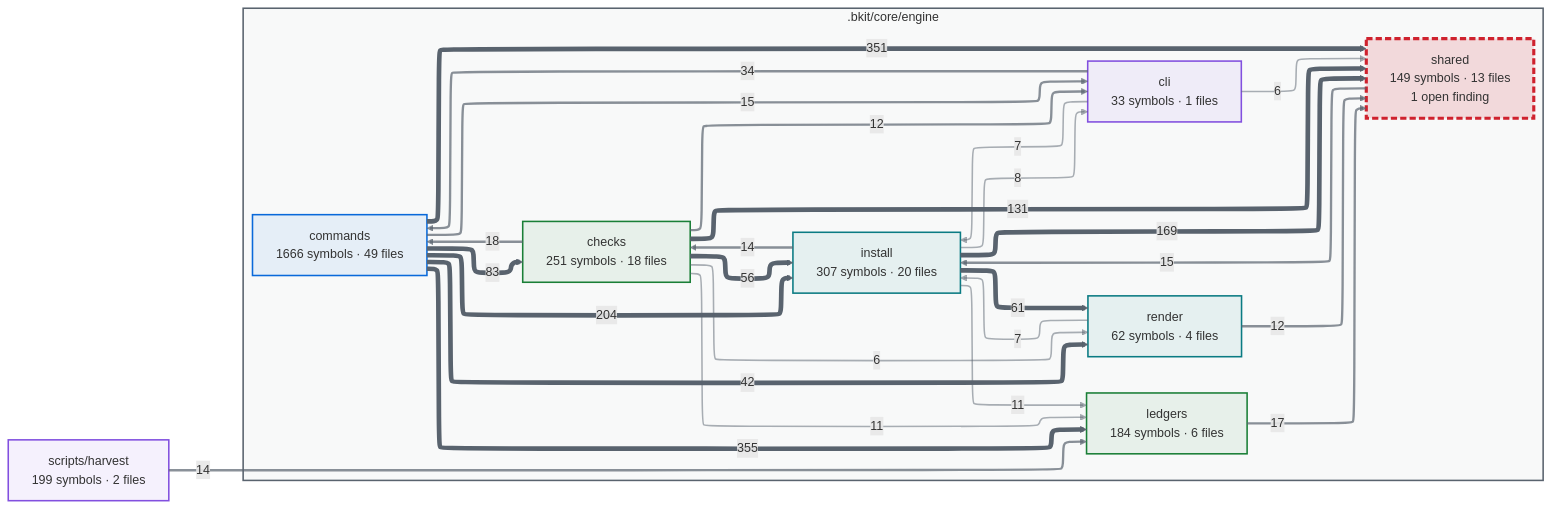
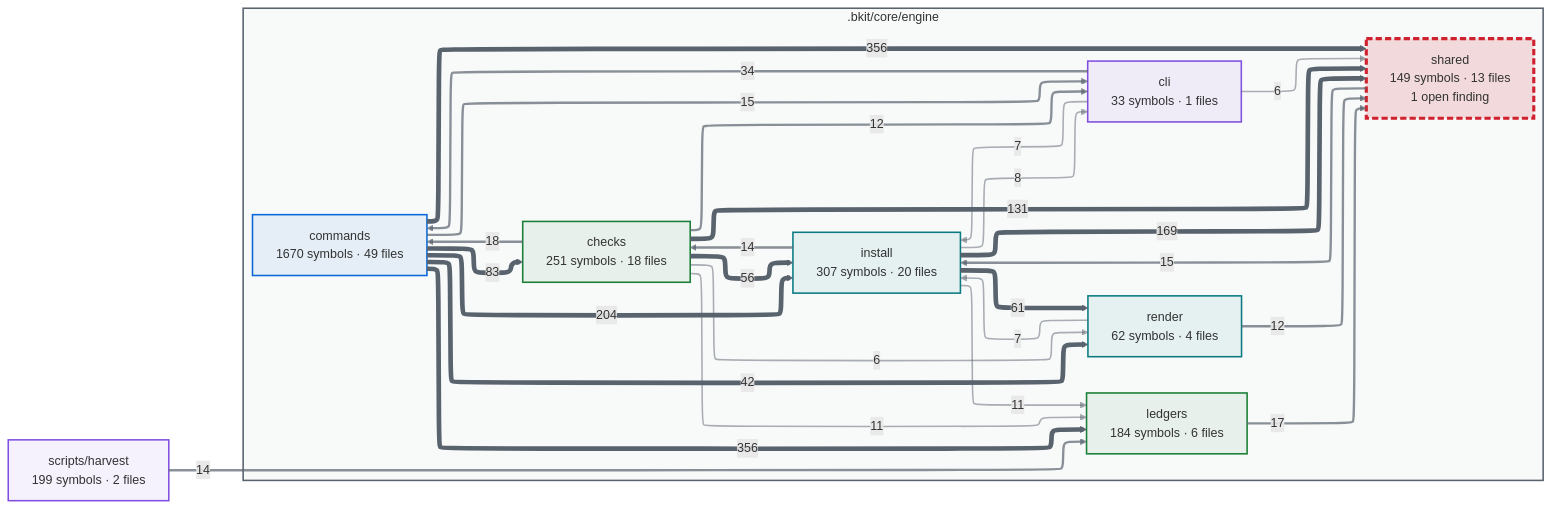
Before and after one commit to cbartens/bkit: the first of 2 diagrams in docs/capabilities.md, drawn with Mermaid. The commit also changed other lines of this file and 205 other files, not shown here.

````diff
--- a/docs/capabilities.md
+++ b/docs/capabilities.md
@@ -154,80 +154,80 @@
 ```mermaid
 ---
 config:
   layout: elk
   themeCSS: "marker { overflow: visible; } marker path { transform: scale(1.8); transform-origin: 5px 5px; }"
   flowchart:
     useMaxWidth: false
 ---
 flowchart LR
-  %% Generated by bkit-graphify-rollup.py from 9eab490e1f40d0e6d57692559217e2f0d2563c09 — do not edit
+  %% Generated by bkit-graphify-rollup.py — do not edit
   subgraph gn_bkit_core_engine[".bkit/core/engine"]
     n_bkit_core_engine_checks["checks<br/>251 symbols · 18 files"]
     n_bkit_core_engine_cli["cli<br/>33 symbols · 1 files"]
-    n_bkit_core_engine_commands["commands<br/>1666 symbols · 49 files"]
+    n_bkit_core_engine_commands["commands<br/>1670 symbols · 49 files"]
     n_bkit_core_engine_install["install<br/>307 symbols · 20 files"]
     n_bkit_core_engine_ledgers["ledgers<br/>184 symbols · 6 files"]
     n_bkit_core_engine_render["render<br/>62 symbols · 4 files"]
     n_bkit_core_engine_shared["shared<br/>149 symbols · 13 files<br/>1 open finding"]
   end
   nscripts_harvest["scripts/harvest<br/>199 symbols · 2 files"]
-  n_bkit_core_engine_commands -->|355| n_bkit_core_engine_ledgers
-  n_bkit_core_engine_commands -->|351| n_bkit_core_engine_shared
+  n_bkit_core_engine_commands -->|356| n_bkit_core_engine_ledgers
+  n_bkit_core_engine_commands -->|356| n_bkit_core_engine_shared
   n_bkit_core_engine_commands -->|204| n_bkit_core_engine_install
   n_bkit_core_engine_install -->|169| n_bkit_core_engine_shared
   n_bkit_core_engine_checks -->|131| n_bkit_core_engine_shared
   n_bkit_core_engine_commands -->|83| n_bkit_core_engine_checks
   n_bkit_core_engine_install -->|61| n_bkit_core_engine_render
   n_bkit_core_engine_checks -->|56| n_bkit_core_engine_install
   n_bkit_core_engine_commands -->|42| n_bkit_core_engine_render
   n_bkit_core_engine_cli -->|34| n_bkit_core_engine_commands
   n_bkit_core_engine_checks -->|18| n_bkit_core_engine_commands
   n_bkit_core_engine_ledgers -->|17| n_bkit_core_engine_shared
   n_bkit_core_engine_shared -->|15| n_bkit_core_engine_install
   n_bkit_core_engine_commands -->|15| n_bkit_core_engine_cli
   n_bkit_core_engine_install -->|14| n_bkit_core_engine_checks
   nscripts_harvest -->|14| n_bkit_core_engine_ledgers
   n_bkit_core_engine_checks -->|12| n_bkit_core_engine_cli
   n_bkit_core_engine_render -->|12| n_bkit_core_engine_shared
   n_bkit_core_engine_checks -->|11| n_bkit_core_engine_ledgers
   n_bkit_core_engine_install -->|11| n_bkit_core_engine_ledgers
   n_bkit_core_engine_install -->|8| n_bkit_core_engine_cli
   n_bkit_core_engine_cli -->|7| n_bkit_core_engine_install
   n_bkit_core_engine_render -->|7| n_bkit_core_engine_install
   n_bkit_core_engine_checks -->|6| n_bkit_core_engine_render
   n_bkit_core_engine_cli -->|6| n_bkit_core_engine_shared
   style gn_bkit_core_engine fill:#59636e0a,stroke:#59636e,stroke-width:2px
   style n_bkit_core_engine_checks stroke:#1a7f37,stroke-width:2px,fill:#1a7f3714
   style n_bkit_core_engine_cli stroke:#8250df,stroke-width:2px,fill:#8250df14
   style n_bkit_core_engine_commands stroke:#0969da,stroke-width:2px,fill:#0969da14
   style n_bkit_core_engine_install stroke:#0a7b83,stroke-width:2px,fill:#0a7b8314
   style n_bkit_core_engine_ledgers stroke:#1a7f37,stroke-width:2px,fill:#1a7f3714
   style n_bkit_core_engine_render stroke:#0a7b83,stroke-width:2px,fill:#0a7b8314
   style n_bkit_core_engine_shared stroke:#cf222e,stroke-width:4px,stroke-dasharray:8 4,fill:#cf222e26
   style nscripts_harvest stroke:#8250df,stroke-width:2px,fill:#8250df14
   linkStyle 0 stroke:#59636e,stroke-width:6px
   linkStyle 1 stroke:#59636e,stroke-width:6px
   linkStyle 2 stroke:#59636e,stroke-width:6px
   linkStyle 3 stroke:#59636e,stroke-width:6px
   linkStyle 4 stroke:#59636e,stroke-width:6px
   linkStyle 5 stroke:#59636e,stroke-width:6px
   linkStyle 6 stroke:#59636e,stroke-width:6px
   linkStyle 7 stroke:#59636e,stroke-width:6px
   linkStyle 8 stroke:#59636e,stroke-width:6px
   linkStyle 9 stroke:#59636eb3,stroke-width:3px
   linkStyle 10 stroke:#59636eb3,stroke-width:3px
   linkStyle 11 stroke:#59636eb3,stroke-width:3px
   linkStyle 12 stroke:#59636eb3,stroke-width:3px
   linkStyle 13 stroke:#59636eb3,stroke-width:3px
   linkStyle 14 stroke:#59636eb3,stroke-width:3px
   linkStyle 15 stroke:#59636eb3,stroke-width:3px
   linkStyle 16 stroke:#59636eb3,stroke-width:3px
   linkStyle 17 stroke:#59636eb3,stroke-width:3px
   linkStyle 18 stroke:#59636e80,stroke-width:2px
   linkStyle 19 stroke:#59636e80,stroke-width:2px
   linkStyle 20 stroke:#59636e80,stroke-width:2px
   linkStyle 21 stroke:#59636e80,stroke-width:2px
   linkStyle 22 stroke:#59636e80,stroke-width:2px
   linkStyle 23 stroke:#59636e80,stroke-width:2px
   linkStyle 24 stroke:#59636e80,stroke-width:2px
 ```
````
